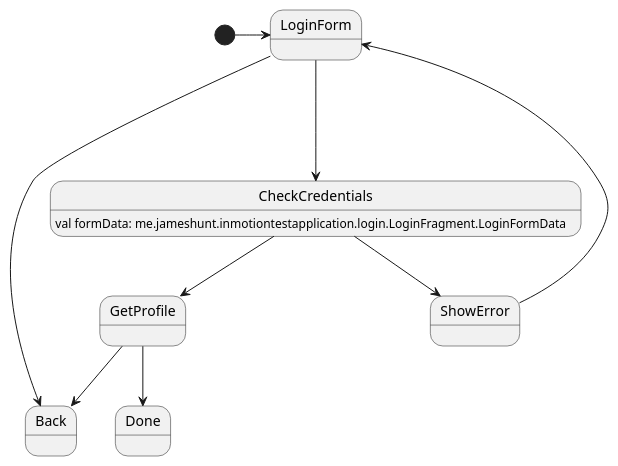
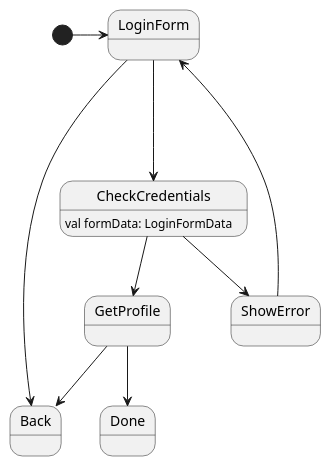
Before and after one commit to huntj88/FlowSampleApp: the diagram in app/src/main/java/me/jameshunt/inmotiontestapplication/login/Login.puml, drawn with PlantUML. The commit also changed other lines of this file and 10 other files, not shown here.

```diff
--- a/app/src/main/java/me/jameshunt/inmotiontestapplication/login/Login.puml
+++ b/app/src/main/java/me/jameshunt/inmotiontestapplication/login/Login.puml
@@ -1,18 +3,18 @@
 @startuml
 
 [*] -> LoginForm
 
-CheckCredentials : val formData: me.jameshunt.inmotiontestapplication.login.LoginFragment.LoginFormData
+CheckCredentials : val formData: LoginFormData
 
 LoginForm ---> CheckCredentials
 LoginForm --> Back
 
 CheckCredentials --> GetProfile
 CheckCredentials --> ShowError
 
 ShowError --> LoginForm
 
 GetProfile --> Done
 GetProfile --> Back
 
 @enduml
```
